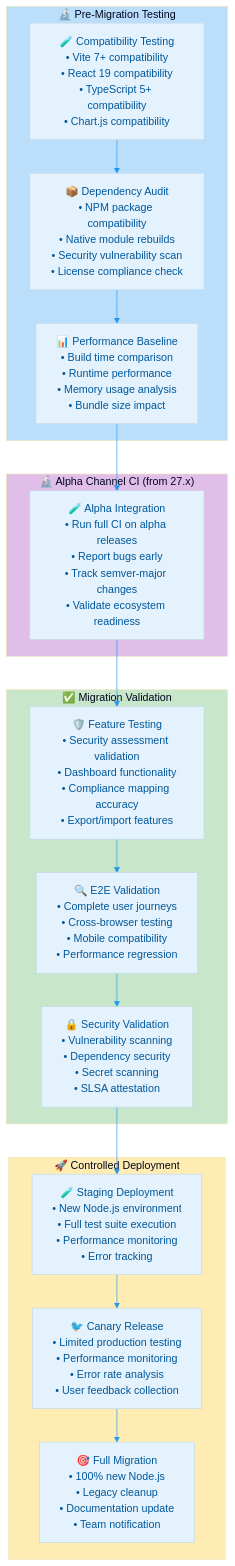
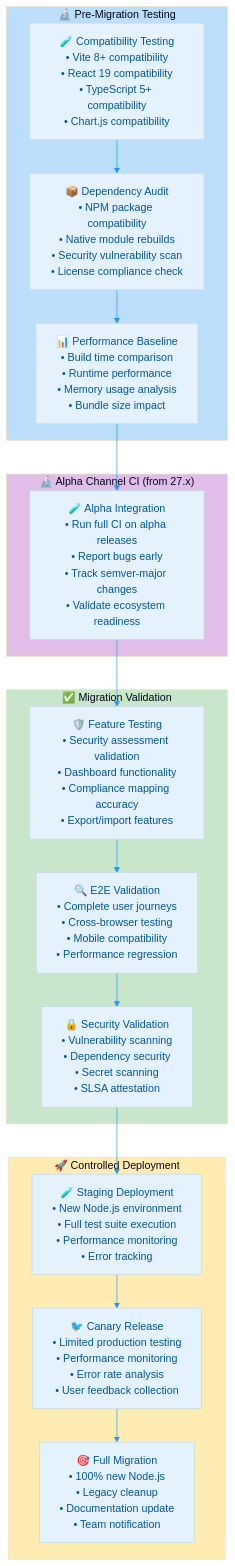
The third of 9 diagrams in docs/End-of-Life-Strategy.md (Hack23/cia-compliance-manager), drawn with Mermaid before and after one commit. The commit also changed other lines of this file and 1 other file, not shown here.

````diff
--- a/docs/End-of-Life-Strategy.md
+++ b/docs/End-of-Life-Strategy.md
@@ -232,51 +232,51 @@
 ```mermaid
 %%{
   init: {
     'theme': 'base',
     'themeVariables': {
       'primaryColor': '#e3f2fd',
       'primaryTextColor': '#01579b',
       'lineColor': '#2196f3',
       'secondaryColor': '#f1f8e9',
       'tertiaryColor': '#fff8e1'
     }
   }
 }%%
 flowchart TB
     subgraph PREPARATION["🔬 Pre-Migration Testing"]
-        COMPAT_TEST["🧪 Compatibility Testing<br/>• Vite 7+ compatibility<br/>• React 19 compatibility<br/>• TypeScript 5+ compatibility<br/>• Chart.js compatibility"]
+        COMPAT_TEST["🧪 Compatibility Testing<br/>• Vite 8+ compatibility<br/>• React 19 compatibility<br/>• TypeScript 5+ compatibility<br/>• Chart.js compatibility"]
         DEP_AUDIT["📦 Dependency Audit<br/>• NPM package compatibility<br/>• Native module rebuilds<br/>• Security vulnerability scan<br/>• License compliance check"]
         PERF_BASELINE["📊 Performance Baseline<br/>• Build time comparison<br/>• Runtime performance<br/>• Memory usage analysis<br/>• Bundle size impact"]
     end
 
     subgraph ALPHA_CI["🔬 Alpha Channel CI (from 27.x)"]
         ALPHA_TEST["🧪 Alpha Integration<br/>• Run full CI on alpha releases<br/>• Report bugs early<br/>• Track semver-major changes<br/>• Validate ecosystem readiness"]
     end
 
     subgraph VALIDATION["✅ Migration Validation"]
         FEATURE_TEST["🛡️ Feature Testing<br/>• Security assessment validation<br/>• Dashboard functionality<br/>• Compliance mapping accuracy<br/>• Export/import features"]
         E2E_VALIDATION["🔍 E2E Validation<br/>• Complete user journeys<br/>• Cross-browser testing<br/>• Mobile compatibility<br/>• Performance regression"]
         SECURITY_SCAN["🔒 Security Validation<br/>• Vulnerability scanning<br/>• Dependency security<br/>• Secret scanning<br/>• SLSA attestation"]
     end
 
     subgraph DEPLOYMENT["🚀 Controlled Deployment"]
         STAGING_DEPLOY["🧪 Staging Deployment<br/>• New Node.js environment<br/>• Full test suite execution<br/>• Performance monitoring<br/>• Error tracking"]
         CANARY_RELEASE["🐦 Canary Release<br/>• Limited production testing<br/>• Performance monitoring<br/>• Error rate analysis<br/>• User feedback collection"]
         FULL_MIGRATION["🎯 Full Migration<br/>• 100% new Node.js<br/>• Legacy cleanup<br/>• Documentation update<br/>• Team notification"]
     end
 
     COMPAT_TEST --> DEP_AUDIT
     DEP_AUDIT --> PERF_BASELINE
     PERF_BASELINE --> ALPHA_TEST
     ALPHA_TEST --> FEATURE_TEST
     FEATURE_TEST --> E2E_VALIDATION
     E2E_VALIDATION --> SECURITY_SCAN
     SECURITY_SCAN --> STAGING_DEPLOY
     STAGING_DEPLOY --> CANARY_RELEASE
     CANARY_RELEASE --> FULL_MIGRATION
 
     style PREPARATION fill:#bbdefb
     style ALPHA_CI fill:#e1bee7
     style VALIDATION fill:#c8e6c9
     style DEPLOYMENT fill:#ffecb3
 ```
````
